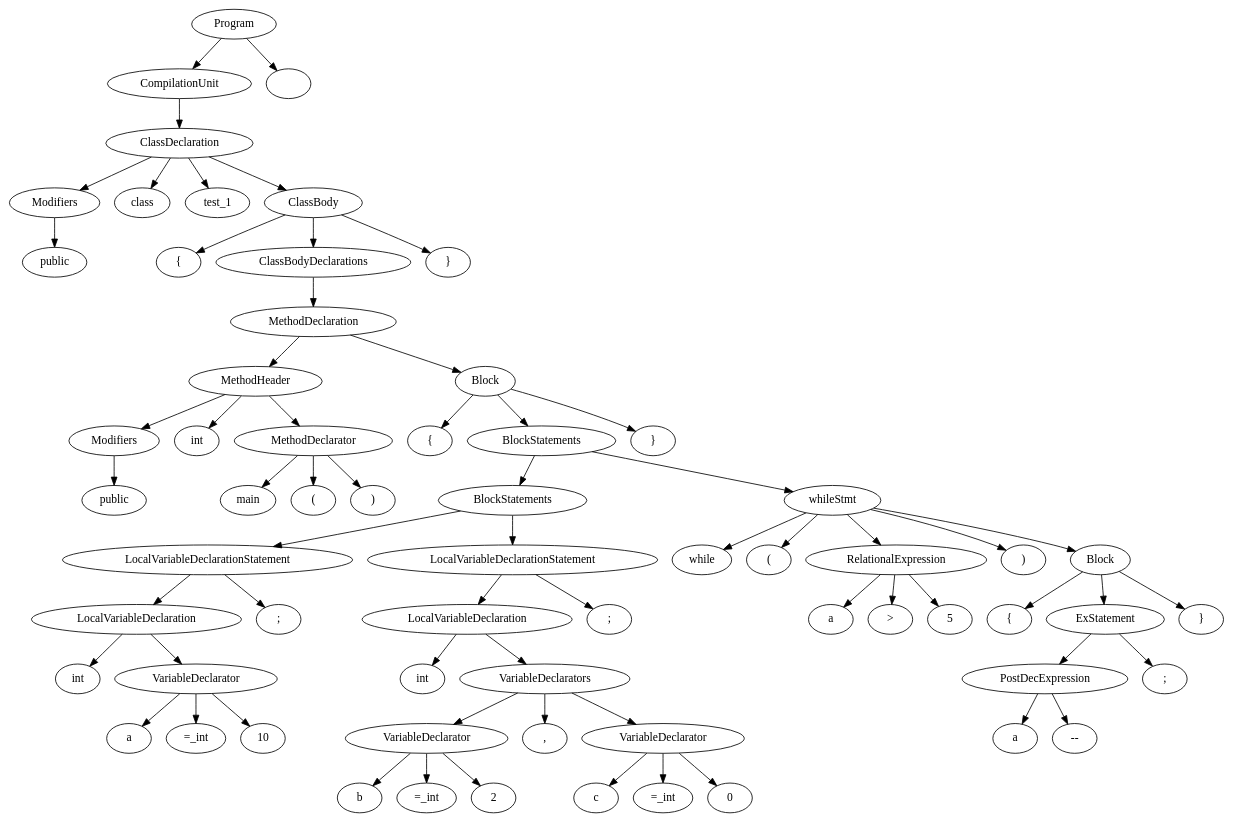
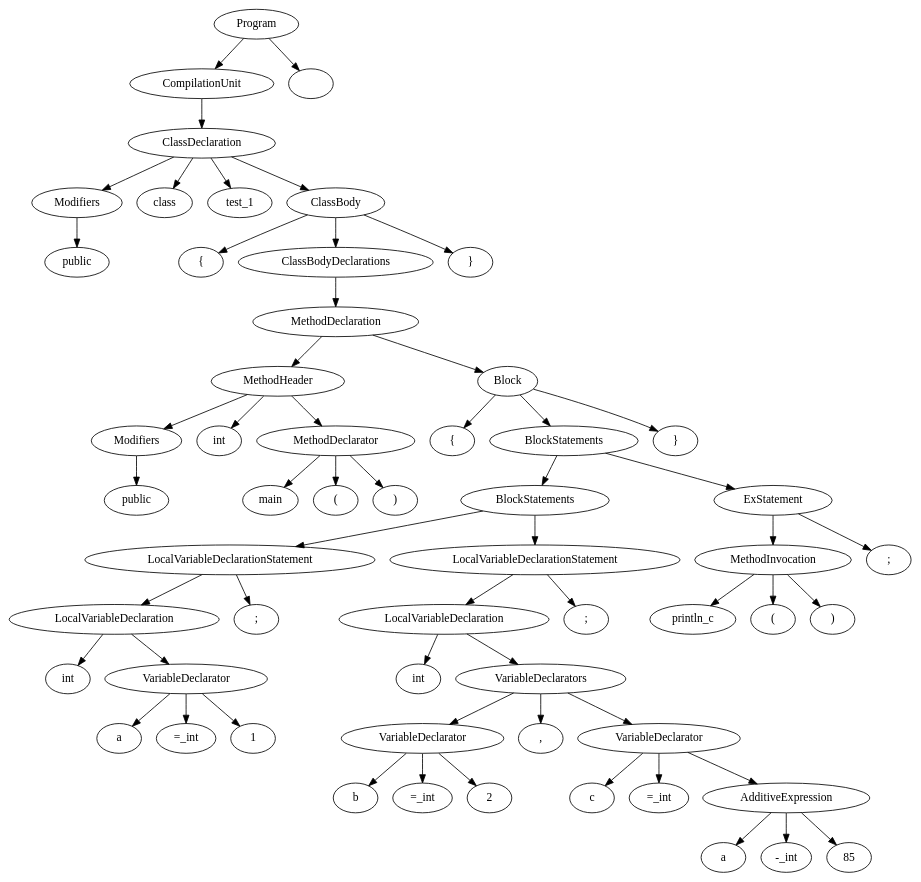
One commit to sandeepb20/Milestone changed the diagram in cs335_project_200530/src/out.dot. Above: the diagram before and after it, drawn with Graphviz. The commit also changed 6 other files, not shown here.

```diff
--- a/cs335_project_200530/src/out.dot
+++ b/cs335_project_200530/src/out.dot
@@ -1,129 +1,115 @@
 digraph G {
 n1 [label="public"]
 n2 [label="Modifiers"]
 n2->n1;
 n3 [label="class"]
 n4 [label="test_1"]
 n5 [label="{"]
 n6 [label="public"]
 n7 [label="Modifiers"]
 n7->n6;
 n8 [label="int"]
 n9 [label="main"]
 n10 [label="("]
 n11 [label=")"]
 n12 [label="MethodDeclarator"]
 n12->n11;
 n12->n10;
 n12->n9;
 n13 [label="MethodHeader"]
 n13->n12;
 n13->n8;
 n13->n7;
 n14 [label="{"]
 n15 [label="int"]
 n16 [label="a"]
 n17 [label="=_int"]
-n18 [label="10"]
+n18 [label="1"]
 n19 [label="VariableDeclarator"]
 n19->n18;
 n19->n17;
 n19->n16;
 n20 [label="LocalVariableDeclaration"]
 n20->n19;
 n20->n15;
 n21 [label=";"]
 n22 [label="LocalVariableDeclarationStatement"]
 n22->n21;
 n22->n20;
 n23 [label="int"]
 n24 [label="b"]
 n25 [label="=_int"]
 n26 [label="2"]
 n27 [label="VariableDeclarator"]
 n27->n26;
 n27->n25;
 n27->n24;
 n28 [label=","]
 n29 [label="c"]
 n30 [label="=_int"]
-n31 [label="0"]
-n32 [label="VariableDeclarator"]
-n32->n31;
-n32->n30;
-n32->n29;
-n33 [label="VariableDeclarators"]
-n33->n32;
-n33->n28;
-n33->n27;
-n34 [label="LocalVariableDeclaration"]
+n31 [label="a"]
+n32 [label="-_int"]
+n33 [label="85"]
+n34 [label="AdditiveExpression"]
 n34->n33;
-n34->n23;
-n35 [label=";"]
-n36 [label="LocalVariableDeclarationStatement"]
+n34->n32;
+n34->n31;
+n35 [label="VariableDeclarator"]
+n35->n34;
+n35->n30;
+n35->n29;
+n36 [label="VariableDeclarators"]
 n36->n35;
-n36->n34;
-n37 [label="BlockStatements"]
+n36->n28;
+n36->n27;
+n37 [label="LocalVariableDeclaration"]
 n37->n36;
-n37->n22;
-n38 [label="while"]
-n39 [label="("]
-n40 [label="a"]
-n41 [label=">"]
-n42 [label="5"]
-n43 [label="RelationalExpression"]
-n43->n42;
-n43->n41;
-n43->n40;
-n44 [label=")"]
-n45 [label="{"]
-n46 [label="a"]
-n47 [label="--"]
-n48 [label="PostDecExpression"]
-n48->n47;
-n48->n46;
-n49 [label=";"]
-n50 [label="ExStatement"]
+n37->n23;
+n38 [label=";"]
+n39 [label="LocalVariableDeclarationStatement"]
+n39->n38;
+n39->n37;
+n40 [label="BlockStatements"]
+n40->n39;
+n40->n22;
+n41 [label="println_c"]
+n42 [label="("]
+n43 [label=")"]
+n44 [label="MethodInvocation"]
+n44->n43;
+n44->n42;
+n44->n41;
+n45 [label=";"]
+n46 [label="ExStatement"]
+n46->n45;
+n46->n44;
+n47 [label="BlockStatements"]
+n47->n46;
+n47->n40;
+n48 [label="}"]
+n49 [label="Block"]
+n49->n48;
+n49->n47;
+n49->n14;
+n50 [label="MethodDeclaration"]
 n50->n49;
-n50->n48;
-n51 [label="}"]
-n52 [label="Block"]
-n52->n51;
-n52->n50;
-n52->n45;
-n53 [label="whileStmt"]
+n50->n13;
+n51 [label="ClassBodyDeclarations"]
+n51->n50;
+n52 [label="}"]
+n53 [label="ClassBody"]
 n53->n52;
-n53->n44;
-n53->n43;
-n53->n39;
-n53->n38;
-n54 [label="BlockStatements"]
+n53->n51;
+n53->n5;
+n54 [label="ClassDeclaration"]
 n54->n53;
-n54->n37;
-n55 [label="}"]
-n56 [label="Block"]
+n54->n4;
+n54->n3;
+n54->n2;
+n55 [label="CompilationUnit"]
+n55->n54;
+n56 [label="Program"]
+n56->n57;
 n56->n55;
-n56->n54;
-n56->n14;
-n57 [label="MethodDeclaration"]
-n57->n56;
-n57->n13;
-n58 [label="ClassBodyDeclarations"]
-n58->n57;
-n59 [label="}"]
-n60 [label="ClassBody"]
-n60->n59;
-n60->n58;
-n60->n5;
-n61 [label="ClassDeclaration"]
-n61->n60;
-n61->n4;
-n61->n3;
-n61->n2;
-n62 [label="CompilationUnit"]
-n62->n61;
-n63 [label="Program"]
-n63->n64;
-n63->n62;
-n64 [label=""]
+n57 [label=""]
 }
```
